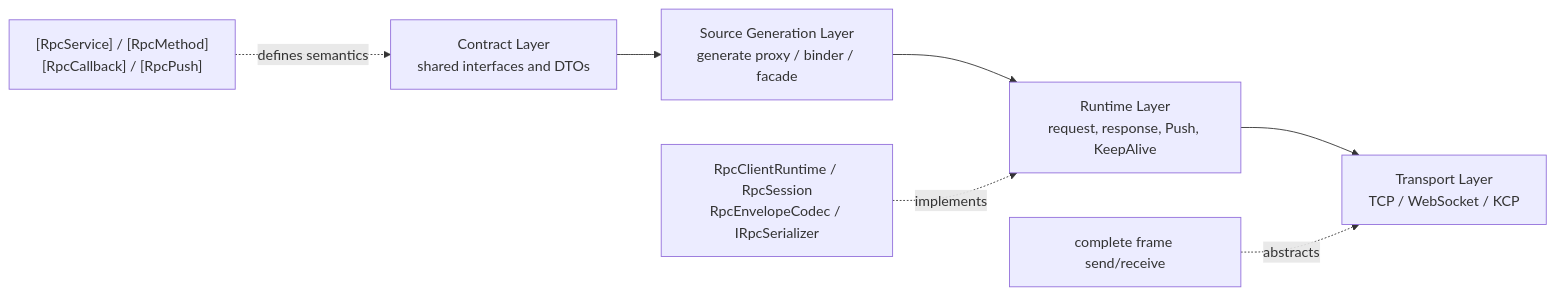
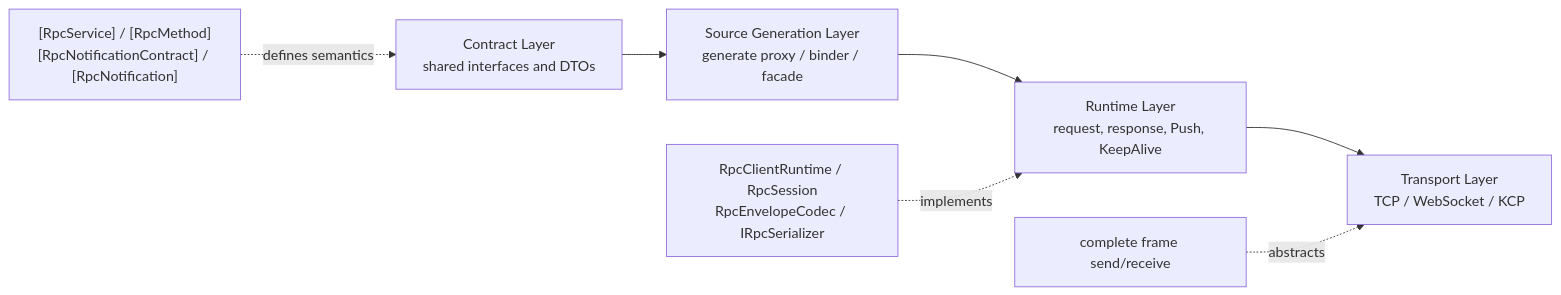
Before and after one commit to bruce48x/ULinkRPC: the first of 4 diagrams in blog/content/posts/ulinkrpc-design-and-implementation.md, drawn with Mermaid. The commit also changed other lines of this file and 58 other files, not shown here.

````diff
--- a/blog/content/posts/ulinkrpc-design-and-implementation.md
+++ b/blog/content/posts/ulinkrpc-design-and-implementation.md
@@ -37,10 +37,10 @@
 ```mermaid
 flowchart LR
     A["Contract Layer<br/>shared interfaces and DTOs"] --> B["Source Generation Layer<br/>generate proxy / binder / facade"]
     B --> C["Runtime Layer<br/>request, response, Push, KeepAlive"]
     C --> D["Transport Layer<br/>TCP / WebSocket / KCP"]
 
-    A1["[RpcService] / [RpcMethod]<br/>[RpcCallback] / [RpcPush]"] -.defines semantics.-> A
+    A1["[RpcService] / [RpcMethod]<br/>[RpcNotificationContract] / [RpcNotification]"] -.defines semantics.-> A
     C1["RpcClientRuntime / RpcSession<br/>RpcEnvelopeCodec / IRpcSerializer"] -.implements.-> C
     D1["complete frame send/receive"] -.abstracts.-> D
 ```
````
